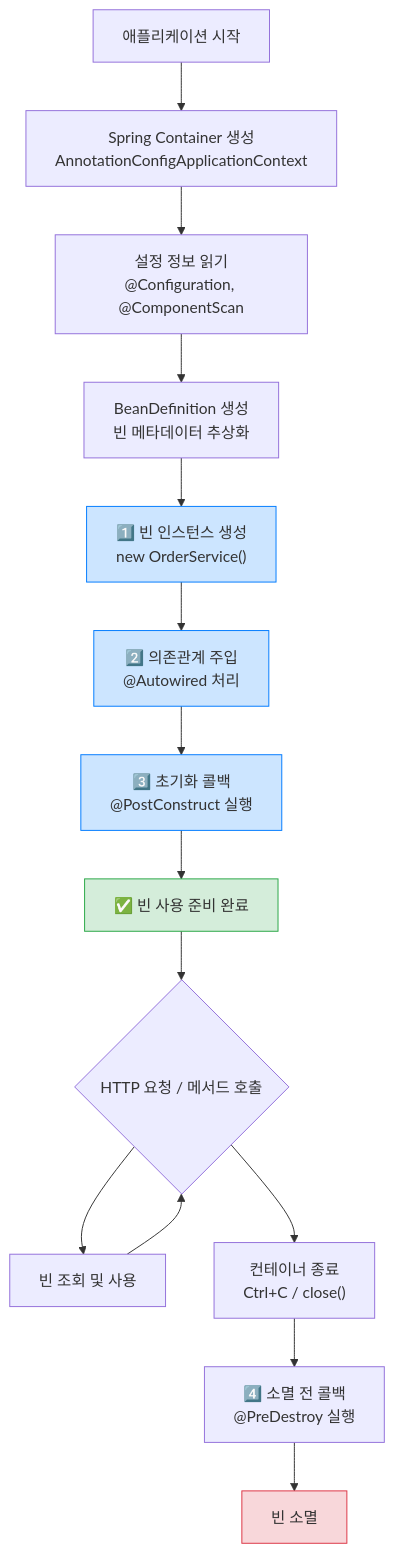
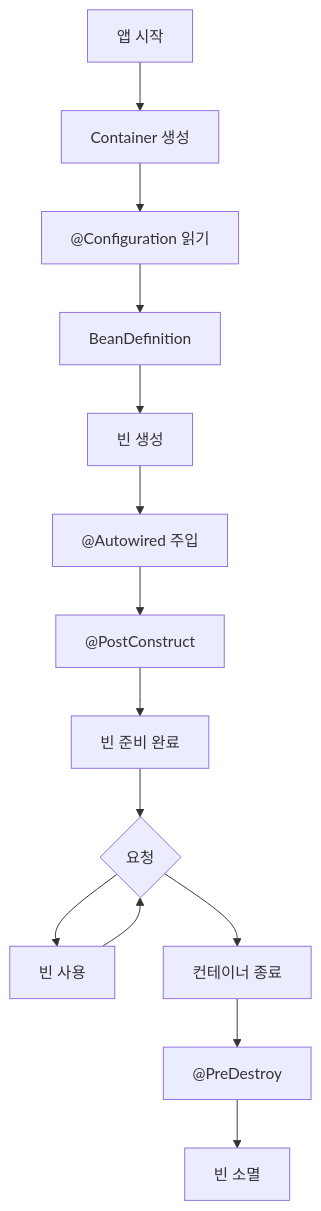
One commit to yjkim2015/yjkim2015.github.io changed diagram 11 of 13 in _posts/spring/2026-05-02-spring-core-basic.md. Above: the diagram before and after it, drawn with Mermaid. The commit also changed other lines of this file and 215 other files, not shown here.

First line of the commit message:
신규 포스트 10개 추가 + Mermaid 전면 축소 + SystemDesign 시리즈 보강

````diff
--- a/_posts/spring/2026-05-02-spring-core-basic.md
+++ b/_posts/spring/2026-05-02-spring-core-basic.md
@@ -851,23 +741,9 @@
 ```mermaid
 flowchart TD
-    A["애플리케이션 시작"] --> B["Spring Container 생성\nAnnotationConfigApplicationContext"]
-    B --> C["설정 정보 읽기\n@Configuration, @ComponentScan"]
-    C --> D["BeanDefinition 생성\n빈 메타데이터 추상화"]
-    D --> E["1️⃣ 빈 인스턴스 생성\nnew OrderService()"]
-    E --> F["2️⃣ 의존관계 주입\n@Autowired 처리"]
-    F --> G["3️⃣ 초기화 콜백\n@PostConstruct 실행"]
-    G --> H["✅ 빈 사용 준비 완료"]
-    H --> I{"HTTP 요청 / 메서드 호출"}
-    I --> J["빈 조회 및 사용"]
-    J --> I
-    I --> K["컨테이너 종료\nCtrl+C / close()"]
-    K --> L["4️⃣ 소멸 전 콜백\n@PreDestroy 실행"]
-    L --> M["빈 소멸"]
-
-    classDef green fill:#d4edda,stroke:#28a745
-    classDef blue fill:#cce5ff,stroke:#007bff
-    classDef red fill:#f8d7da,stroke:#dc3545
-    class H green
-    class E,F,G blue
-    class M red
+    A["앱 시작"] --> B["Container 생성"]
+    B --> C["@Configuration 읽기"] --> D["BeanDefinition"]
+    D --> E["빈 생성"] --> F["@Autowired 주입"]
+    F --> G["@PostConstruct"] --> H["빈 준비 완료"]
+    H --> I{"요청"} --> J["빈 사용"] --> I
+    I --> K["컨테이너 종료"] --> L["@PreDestroy"] --> M["빈 소멸"]
 ```
````
